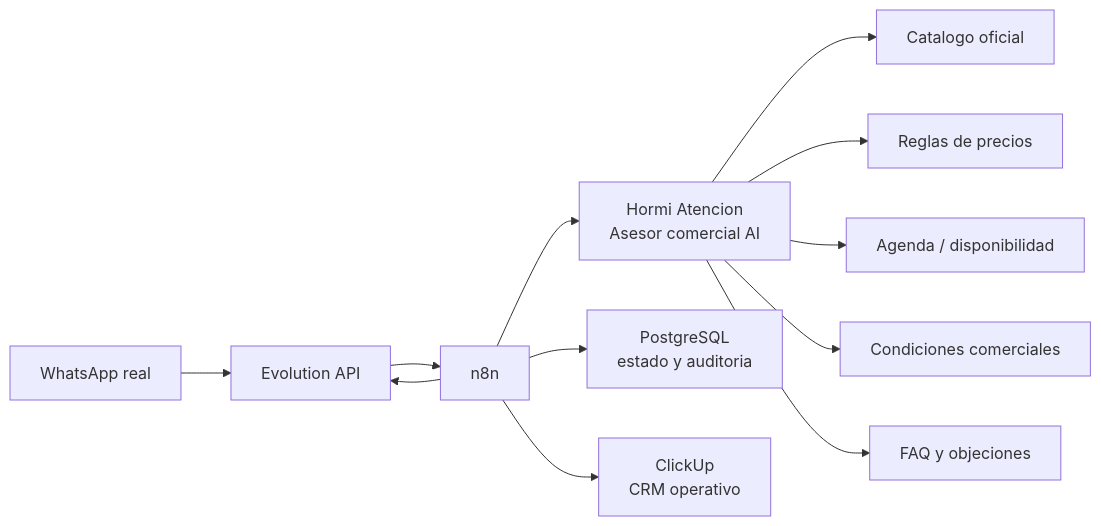
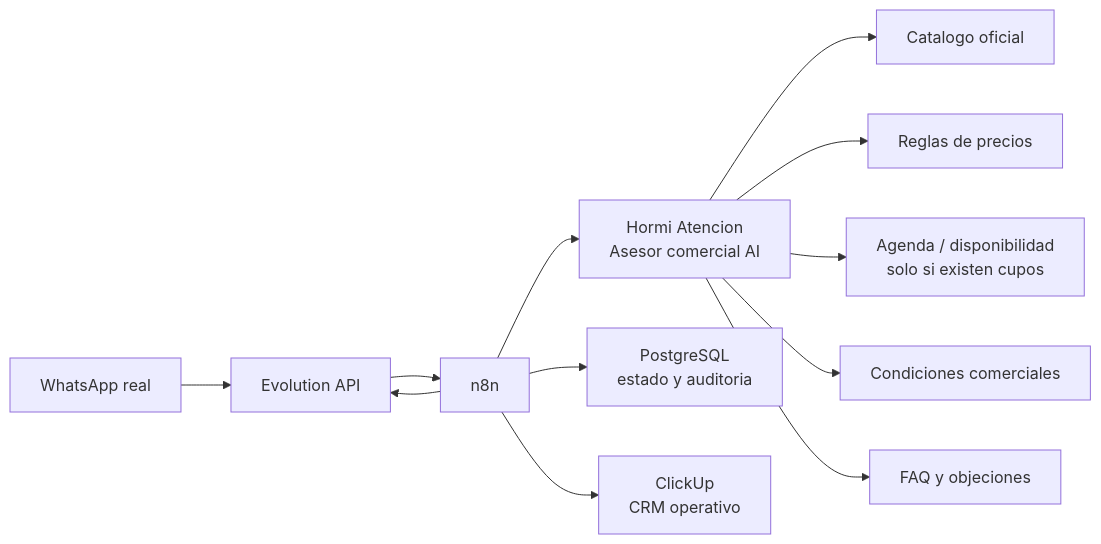
One commit to juanpablovM/Automatizacion-WhatsApp changed the second of 2 diagrams in docs/arquitectura.md. Above: the diagram before and after it, drawn with Mermaid. The commit also changed other lines of this file and 26 other files, not shown here.

````diff
--- a/docs/arquitectura.md
+++ b/docs/arquitectura.md
@@ -73,14 +78,14 @@
 ```mermaid
 flowchart LR
     WA["WhatsApp real"] --> EVO["Evolution API"]
     EVO --> N8N["n8n"]
     N8N --> AI["Hormi Atencion<br/>Asesor comercial AI"]
     AI --> CAT["Catalogo oficial"]
     AI --> PRE["Reglas de precios"]
-    AI --> AGE["Agenda / disponibilidad"]
+    AI --> AGE["Agenda / disponibilidad<br/>solo si existen cupos"]
     AI --> COND["Condiciones comerciales"]
     AI --> FAQ["FAQ y objeciones"]
     N8N --> PG["PostgreSQL<br/>estado y auditoria"]
     N8N --> CU["ClickUp<br/>CRM operativo"]
     N8N --> EVO
 ```
````
